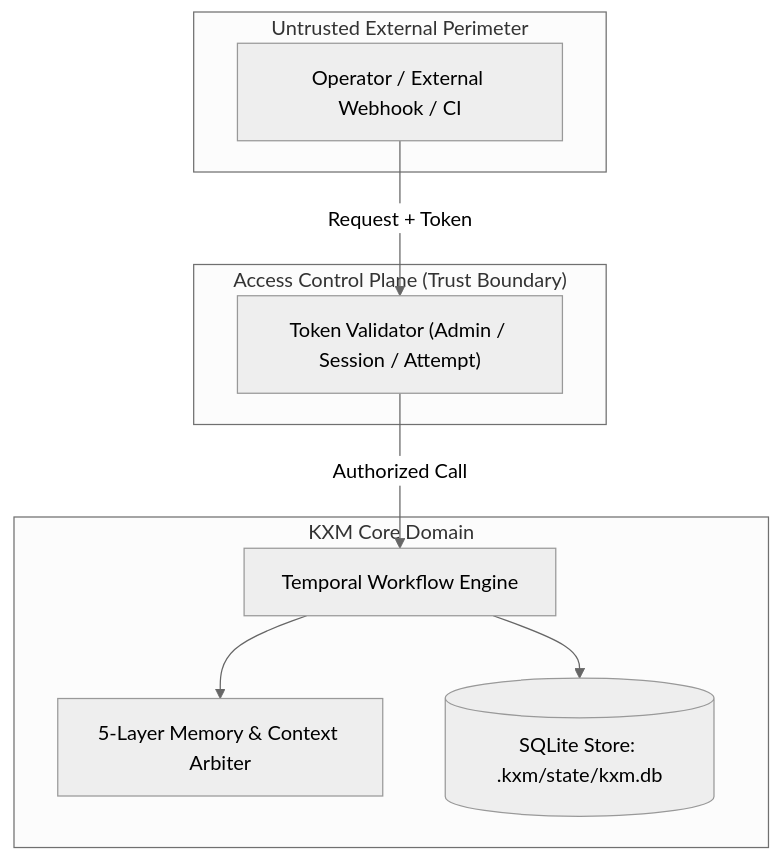
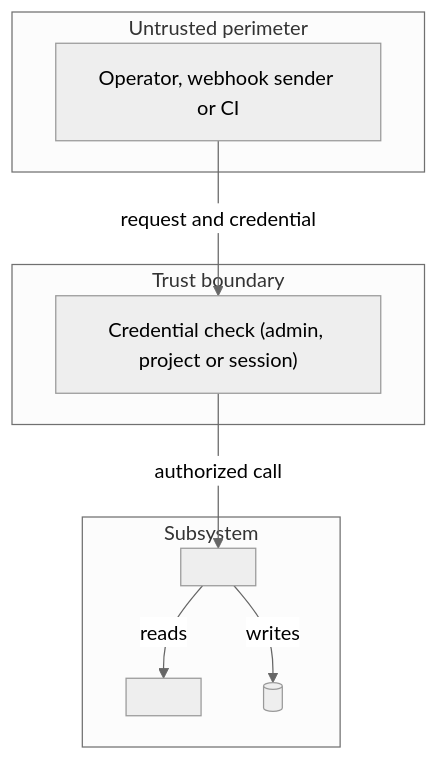
Before and after one commit to kontextmind/kxm: the diagram in docs/templates/architecture.md, drawn with Mermaid (neutral theme). The commit also changed other lines of this file and 103 other files, not shown here.

````diff
--- a/docs/templates/architecture.md
+++ b/docs/templates/architecture.md
@@ -43,22 +42,21 @@
 ```mermaid
 flowchart TB
-    subgraph External ["Untrusted External Perimeter"]
-        Caller["Operator / External Webhook / CI"]
+    subgraph External ["Untrusted perimeter"]
+        Caller["Operator, webhook sender or CI"]
     end
 
-    subgraph AuthPlane ["Access Control Plane (Trust Boundary)"]
-        TokenVal["Token Validator (Admin / Session / Attempt)"]
+    subgraph Auth ["Trust boundary"]
+        Check["Credential check (admin, project or session)"]
     end
 
-    subgraph Internal ["KXM Core Domain"]
-        Engine["Temporal Workflow Engine"]
-        Memory["5-Layer Memory & Context Arbiter"]
-        Store[("SQLite Store: .kxm/state/kxm.db")]
+    subgraph Internal ["Subsystem"]
+        Engine["<Core component>"]
+        Context["<Supporting component>"]
+        Store[("<Durable store, for example .kxm/state/kxm.db>")]
     end
 
-    Caller -->|Request + Token| TokenVal
-    TokenVal -->|Authorized Call| Engine
-    Engine --> Memory
-    Engine --> Store
-
+    Caller -->|request and credential| Check
+    Check -->|authorized call| Engine
+    Engine -->|reads| Context
+    Engine -->|writes| Store
 ```
````
